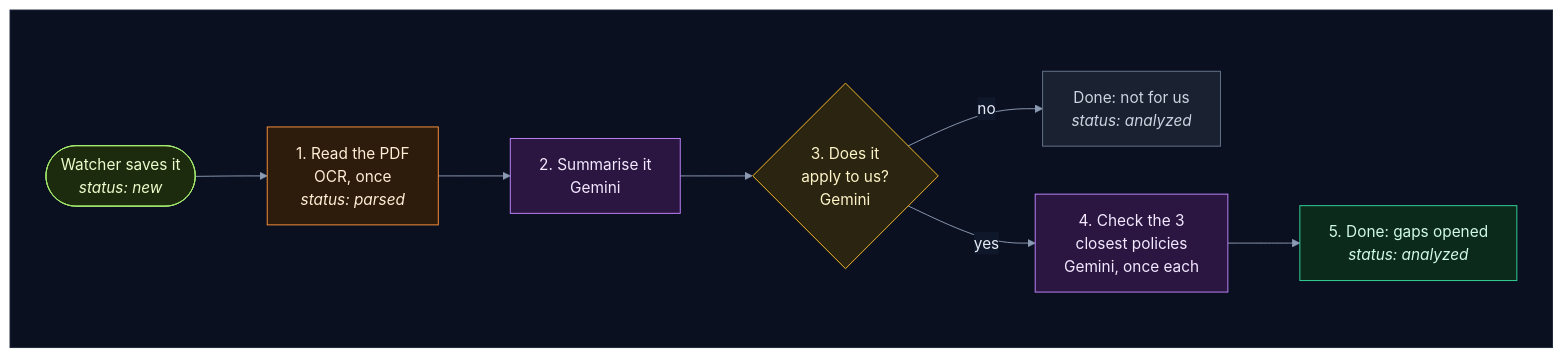
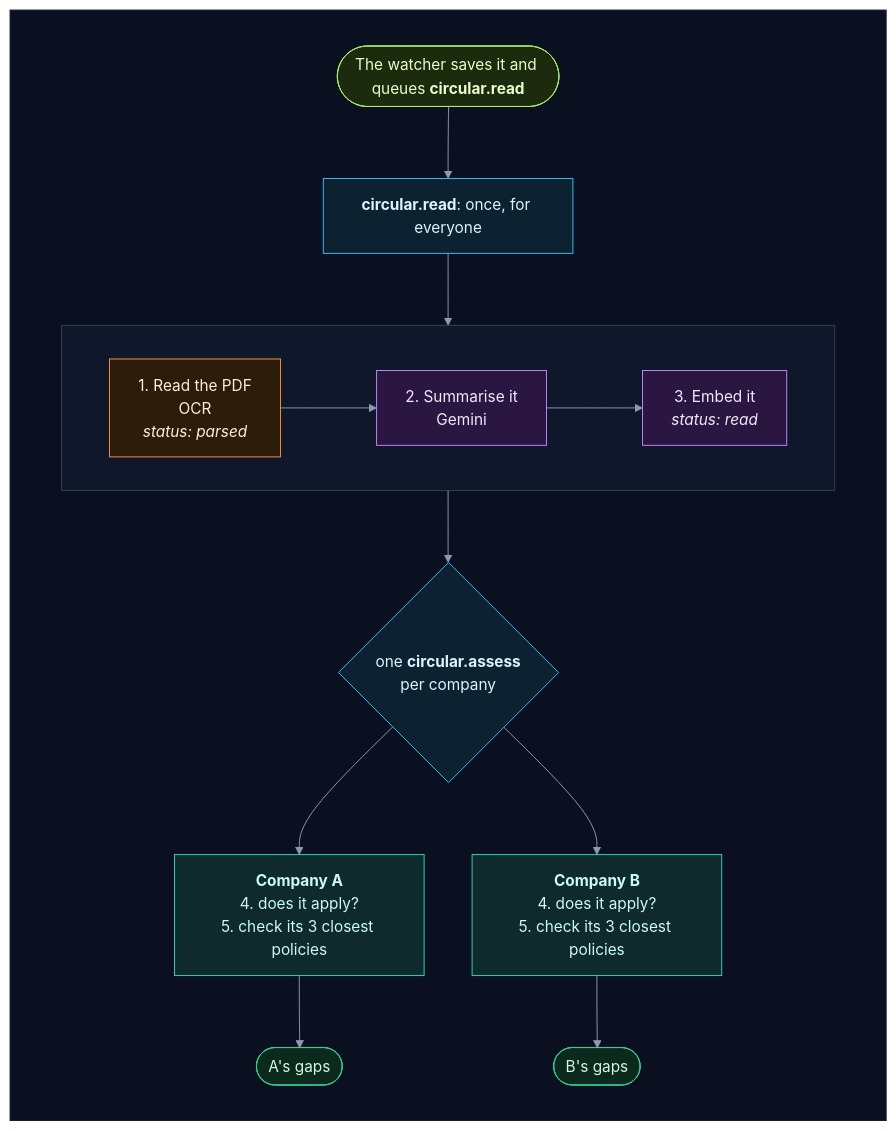
One commit to selvakumarperumal/Regulatory_Circular_Impact_Agent changed the second of 14 diagrams in how_the_worker_works.md. Above: the diagram before and after it, drawn with Mermaid. The commit also changed other lines of this file and 8 other files, not shown here.

Commit message:
Document the task queue and multi-company design

````diff
--- a/how_the_worker_works.md
+++ b/how_the_worker_works.md
@@ -80,29 +103,37 @@
 ```mermaid
 %%{init: {"theme": "base", "flowchart": {"diagramPadding": 0}, "themeVariables": {"darkMode": true, "primaryColor": "#16213a", "primaryTextColor": "#e6edf7", "primaryBorderColor": "#475a7a", "lineColor": "#8b9bb4", "secondaryColor": "#1b2436", "tertiaryColor": "#101a2e", "edgeLabelBackground": "#0f172a", "textColor": "#e2e8f0", "clusterBkg": "#0f1728", "clusterBorder": "#2b3a55", "titleColor": "#c4b5fd", "nodeTextColor": "#e6edf7"}}}%%
-flowchart LR
+flowchart TD
     subgraph canvas[" "]
-        direction LR
-        s0(["Watcher saves it<br/><i>status: new</i>"]) --> s1["1. Read the PDF<br/>OCR, once<br/><i>status: parsed</i>"]
-        s1 --> s2["2. Summarise it<br/>Gemini"]
-        s2 --> s3{"3. Does it<br/>apply to us?<br/>Gemini"}
-        s3 -->|"no"| stop["Done: not for us<br/><i>status: analyzed</i>"]
-        s3 -->|"yes"| s4["4. Check the 3<br/>closest policies<br/>Gemini, once each"]
-        s4 --> s5["5. Done: gaps opened<br/><i>status: analyzed</i>"]
+        direction TB
+        s0(["The watcher saves it and queues <b>circular.read</b>"]) --> r["<b>circular.read</b>: once, for everyone"]
+        subgraph read[" "]
+            direction LR
+            r1["1. Read the PDF<br/>OCR<br/><i>status: parsed</i>"] --> r2["2. Summarise it<br/>Gemini"]
+            r2 --> r3["3. Embed it<br/><i>status: read</i>"]
+        end
+        r --> read
+        read --> fan{"one <b>circular.assess</b><br/>per company"}
+        fan --> a1["<b>Company A</b><br/>4. does it apply?<br/>5. check its 3 closest policies"]
+        fan --> a2["<b>Company B</b><br/>4. does it apply?<br/>5. check its 3 closest policies"]
+        a1 --> d1(["A's gaps"])
+        a2 --> d2(["B's gaps"])
     end
     classDef svc fill:#0e2a2c,stroke:#2dd4bf,color:#ccfbf1
     classDef data fill:#1c1a47,stroke:#818cf8,color:#e0e7ff
     classDef ext fill:#2a1640,stroke:#c084fc,color:#f3e8ff
     classDef gpu fill:#2d1b0c,stroke:#fb923c,color:#ffedd5
     classDef ask fill:#2a2410,stroke:#fbbf24,color:#fef3c7
     classDef ok fill:#0b2a1c,stroke:#34d399,color:#d1fae5
     classDef bad fill:#2e0f17,stroke:#fb7185,color:#ffe4e6
     classDef start fill:#1c2a0e,stroke:#a7ef6f,color:#ecfccb
     classDef muted fill:#1a2130,stroke:#64748b,color:#cbd5e1
+    classDef queue fill:#0c2231,stroke:#38bdf8,color:#e0f2fe
     class s0 start
-    class s1 gpu
-    class s2,s4 ext
-    class s3 ask
-    class stop muted
-    class s5 ok
+    class r,fan queue
+    class r1 gpu
+    class r2,r3 ext
+    class a1,a2 svc
+    class d1,d2 ok
+    style read fill:#0f172a,stroke:#334155,color:#94a3b8
     style canvas fill:#0b1020,stroke:#1e293b,color:#0b1020
 ```
````
